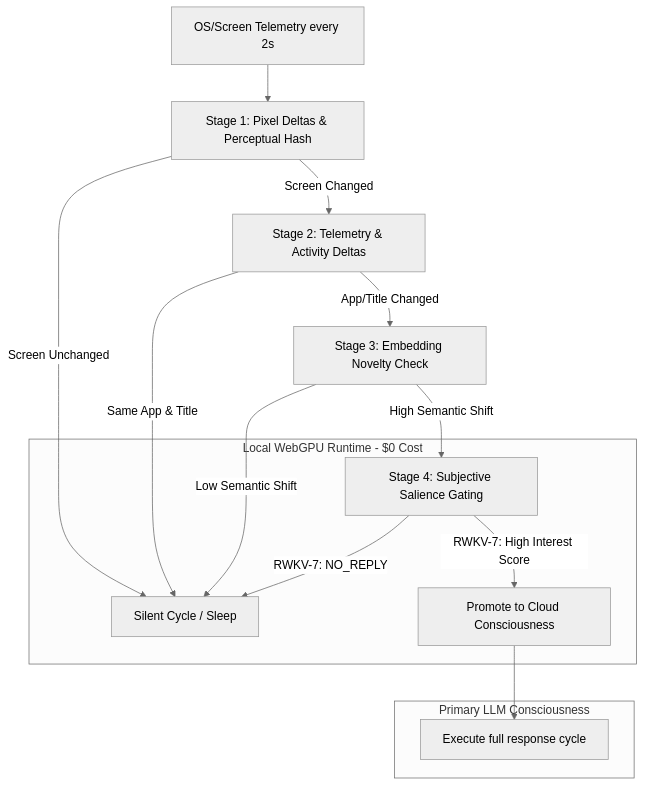
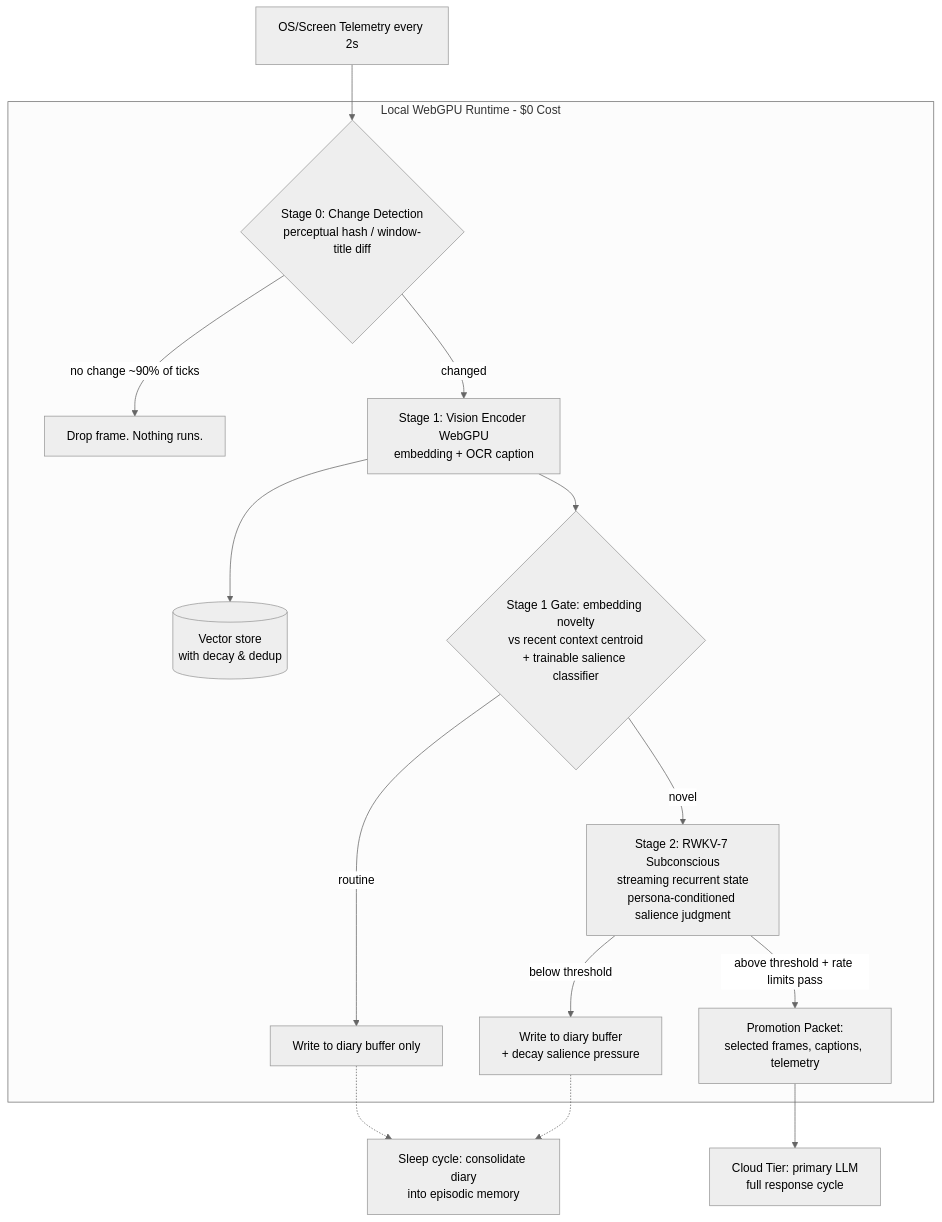
Before and after one commit to gg582/airi: the diagram in docs/proposal-attention-ecology-local-webgpu-guard.md, drawn with Mermaid (neutral theme). The commit also changed other lines of this file, not shown here.

First line of the commit message:
docs: consolidate Attention Ecology proposal with Fable v2 refinements

````diff
--- a/docs/proposal-attention-ecology-local-webgpu-guard.md
+++ b/docs/proposal-attention-ecology-local-webgpu-guard.md
@@ -68,21 +62,23 @@
 ```mermaid
 flowchart TD
-    A[OS/Screen Telemetry every 2s] --> B[Stage 1: Pixel Deltas & Perceptual Hash]
-    B -->|Screen Unchanged| C[Silent Cycle / Sleep]
-    B -->|Screen Changed| D[Stage 2: Telemetry & Activity Deltas]
-
-    D -->|Same App & Title| C
-    D -->|App/Title Changed| E[Stage 3: Embedding Novelty Check]
-
-    E -->|Low Semantic Shift| C
-    E -->|High Semantic Shift| F[Stage 4: Subjective Salience Gating]
+    A[OS/Screen Telemetry every 2s] --> S0
 
     subgraph Local Tier [Local WebGPU Runtime - $0 Cost]
-        F -->|RWKV-7: NO_REPLY| C
-        F -->|RWKV-7: High Interest Score| G[Promote to Cloud Consciousness]
+        S0{"Stage 0: Change Detection<br/>perceptual hash / window-title diff"}
+        S0 -->|no change ~90% of ticks| Z0[Drop frame. Nothing runs.]
+        S0 -->|changed| S1[Stage 1: Vision Encoder WebGPU<br/>embedding + OCR caption]
+
+        S1 --> VS[(Vector store<br/>with decay & dedup)]
+        S1 --> S1b{"Stage 1 Gate: embedding novelty<br/>vs recent context centroid<br/>+ trainable salience classifier"}
+
+        S1b -->|routine| Z1[Write to diary buffer only]
+        S1b -->|novel| S2["Stage 2: RWKV-7 Subconscious<br/>streaming recurrent state<br/>persona-conditioned salience judgment"]
+
+        S2 -->|below threshold| Z2[Write to diary buffer<br/>+ decay salience pressure]
+        S2 -->|above threshold + rate limits pass| P[Promotion Packet:<br/>selected frames, captions, telemetry]
     end
 
-    subgraph Cloud Tier [Primary LLM Consciousness]
-        G --> H[Execute full response cycle]
-    end
+    P --> C["Cloud Tier: primary LLM<br/>full response cycle"]
+    Z1 -.-> SLEEP["Sleep cycle: consolidate diary<br/>into episodic memory"]
+    Z2 -.-> SLEEP
 ```
````
